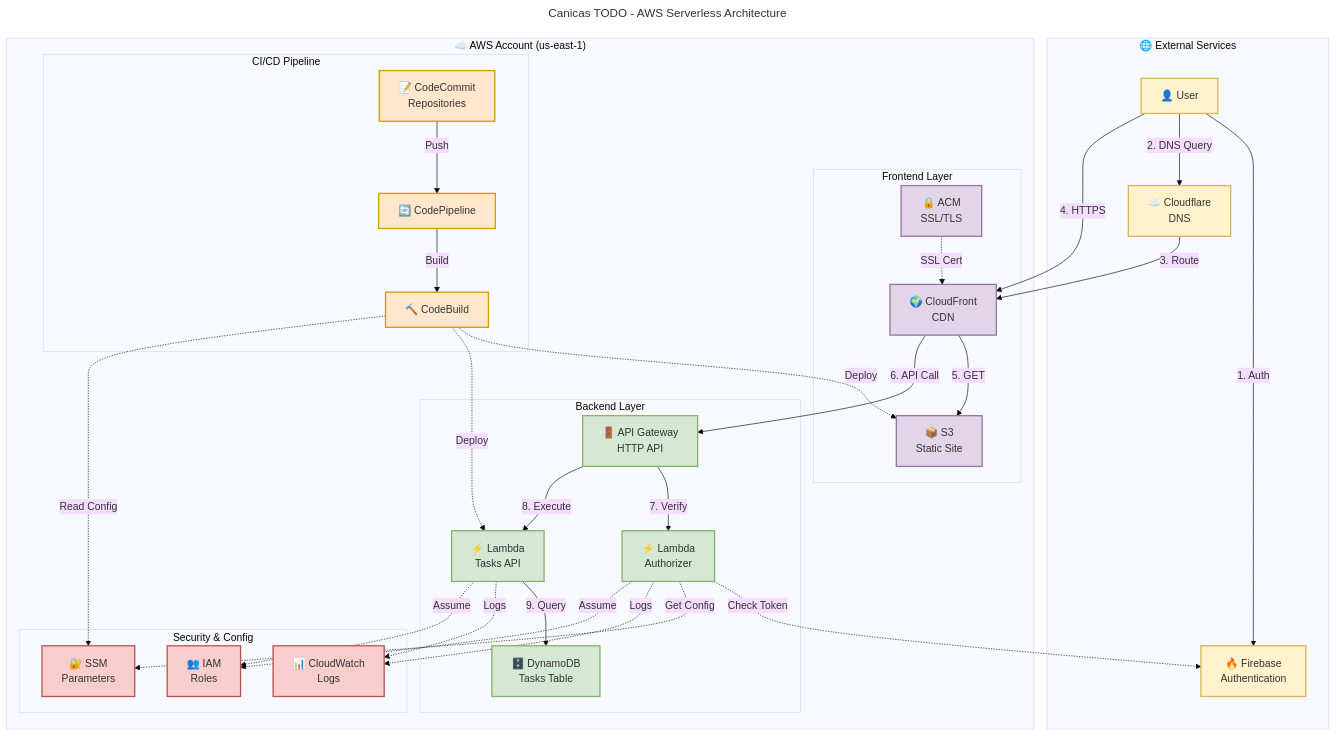
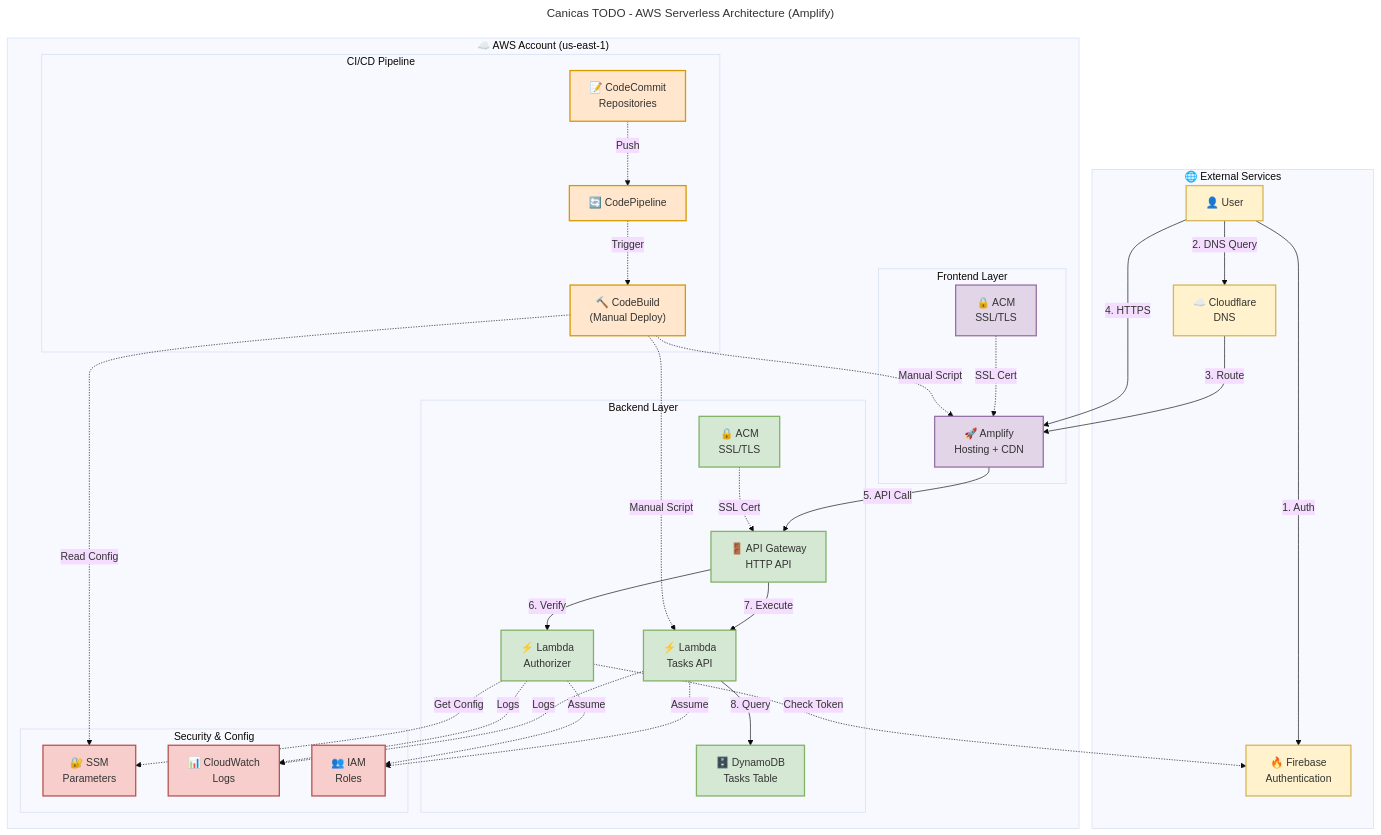
Before and after one commit to deamaya44/canicas-todo: the diagram in docs/ARCHITECTURE.md, drawn with Mermaid (base theme). The commit also changed other lines of this file and 1 other file, not shown here.

Commit message:
docs: update architecture diagram for Amplify (v2.0.0)

````diff
--- a/docs/ARCHITECTURE.md
+++ b/docs/ARCHITECTURE.md
@@ -1,6 +1,6 @@
 ```mermaid
 ---
-title: Canicas TODO - AWS Serverless Architecture
+title: Canicas TODO - AWS Serverless Architecture (Amplify)
 ---
 graph TB
     %% External Services
@@ -14,12 +14,12 @@
     subgraph AWS["☁️ AWS Account (us-east-1)"]
         
         subgraph Frontend["Frontend Layer"]
-            ACM["🔒 ACM<br/>SSL/TLS"]
-            CloudFront["🌍 CloudFront<br/>CDN"]
-            S3["📦 S3<br/>Static Site"]
+            ACM_Front["🔒 ACM<br/>SSL/TLS"]
+            Amplify["🚀 Amplify<br/>Hosting + CDN"]
         end
         
         subgraph Backend["Backend Layer"]
+            ACM_API["🔒 ACM<br/>SSL/TLS"]
             APIGW["🚪 API Gateway<br/>HTTP API"]
             AuthLambda["⚡ Lambda<br/>Authorizer"]
             TasksLambda["⚡ Lambda<br/>Tasks API"]
@@ -29,7 +29,7 @@
         subgraph CICD["CI/CD Pipeline"]
             CodeCommit["📝 CodeCommit<br/>Repositories"]
             CodePipeline["🔄 CodePipeline"]
-            CodeBuild["🔨 CodeBuild"]
+            CodeBuild["🔨 CodeBuild<br/>(Manual Deploy)"]
         end
         
         subgraph Security["Security & Config"]
@@ -42,30 +42,30 @@
     %% User Flow
     User -->|1. Auth| Firebase
     User -->|2. DNS Query| Cloudflare
-    Cloudflare -->|3. Route| CloudFront
-    User -->|4. HTTPS| CloudFront
+    Cloudflare -->|3. Route| Amplify
+    User -->|4. HTTPS| Amplify
     
     %% Frontend Flow
-    ACM -.->|SSL Cert| CloudFront
-    CloudFront -->|5. GET| S3
-    CloudFront -->|6. API Call| APIGW
+    ACM_Front -.->|SSL Cert| Amplify
+    Amplify -->|5. API Call| APIGW
     
     %% Backend Flow
-    APIGW -->|7. Verify| AuthLambda
+    ACM_API -.->|SSL Cert| APIGW
+    APIGW -->|6. Verify| AuthLambda
     AuthLambda -.->|Check Token| Firebase
     AuthLambda -.->|Get Config| SSM
-    APIGW -->|8. Execute| TasksLambda
-    TasksLambda -->|9. Query| DynamoDB
+    APIGW -->|7. Execute| TasksLambda
+    TasksLambda -->|8. Query| DynamoDB
     
     %% Logging
     TasksLambda -.->|Logs| CloudWatch
     AuthLambda -.->|Logs| CloudWatch
     
-    %% CI/CD Flow
-    CodeCommit -->|Push| CodePipeline
-    CodePipeline -->|Build| CodeBuild
-    CodeBuild -.->|Deploy| S3
-    CodeBuild -.->|Deploy| TasksLambda
+    %% CI/CD Flow (Manual)
+    CodeCommit -.->|Push| CodePipeline
+    CodePipeline -.->|Trigger| CodeBuild
+    CodeBuild -.->|Manual Script| Amplify
+    CodeBuild -.->|Manual Script| TasksLambda
     CodeBuild -.->|Read Config| SSM
     
     %% Security
@@ -80,8 +80,8 @@
     classDef security fill:#f8cecc,stroke:#b85450,stroke-width:2px
     
     class User,Firebase,Cloudflare external
-    class ACM,CloudFront,S3 frontend
-    class APIGW,AuthLambda,TasksLambda,DynamoDB backend
+    class ACM_Front,Amplify frontend
+    class ACM_API,APIGW,AuthLambda,TasksLambda,DynamoDB backend
     class CodeCommit,CodePipeline,CodeBuild cicd
     class SSM,CloudWatch,IAM security
 ```
````
